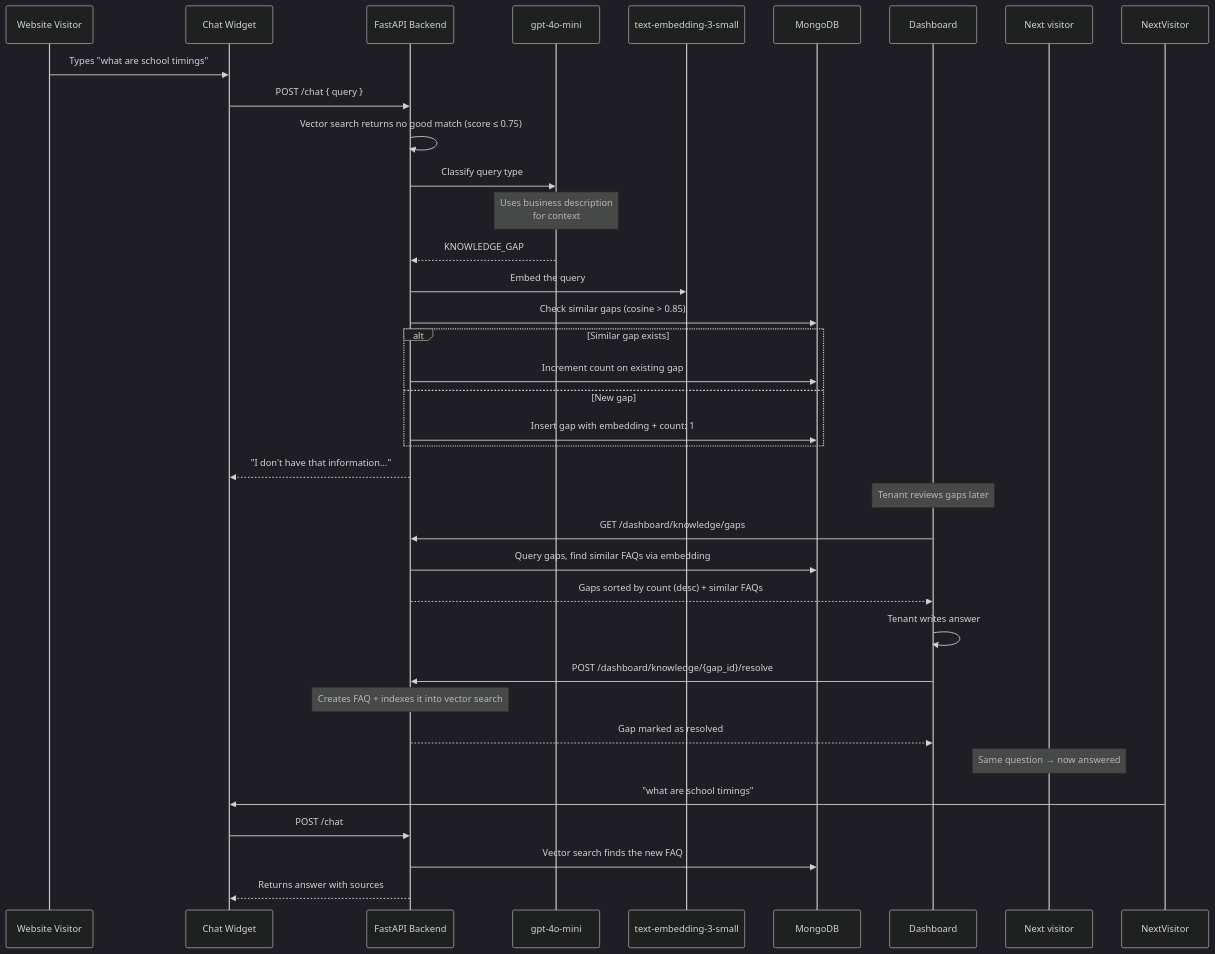
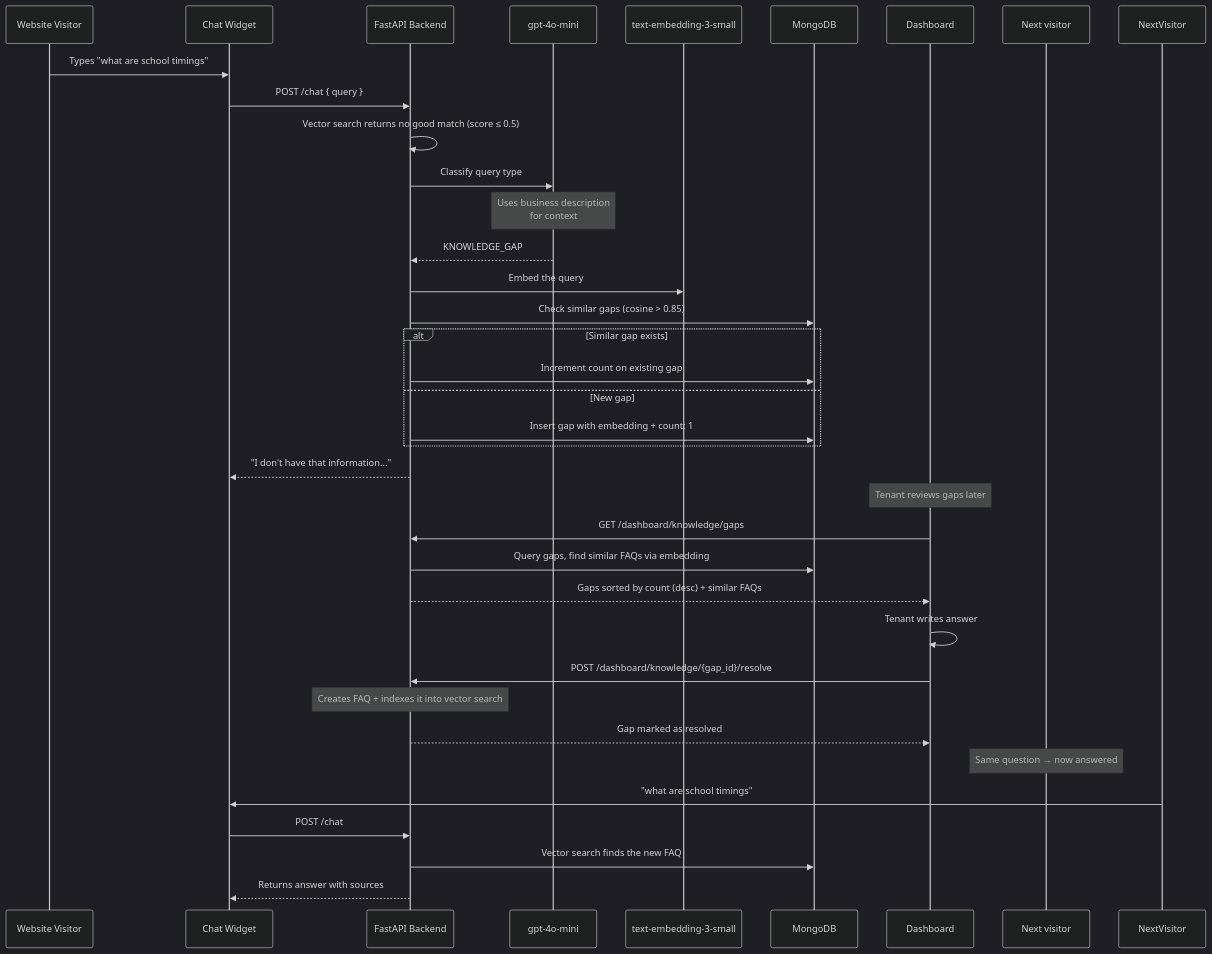
Before and after one commit to pawanm992002/AI_CHATBOT: the sixth of 6 diagrams in README.md, drawn with Mermaid (dark theme). The commit also changed other lines of this file and 2 other files, not shown here.

````diff
--- a/README.md
+++ b/README.md
@@ -519,44 +554,44 @@
 ```mermaid
 sequenceDiagram
     participant Visitor as Website Visitor
     participant Widget as Chat Widget
     participant API as FastAPI Backend
     participant Classifier as gpt-4o-mini
     participant Embedder as text-embedding-3-small
     participant DB as MongoDB
 
     Visitor->>Widget: Types "what are school timings"
     Widget->>API: POST /chat { query }
     
-    API->>API: Vector search returns no good match (score ≤ 0.75)
+    API->>API: Vector search returns no good match (score ≤ 0.5)
     
     API->>Classifier: Classify query type
     Note over Classifier: Uses business description<br/>for context
     Classifier-->>API: KNOWLEDGE_GAP
     
     API->>Embedder: Embed the query
     API->>DB: Check similar gaps (cosine > 0.85)
     alt Similar gap exists
         API->>DB: Increment count on existing gap
     else New gap
         API->>DB: Insert gap with embedding + count: 1
     end
     
     API-->>Widget: "I don't have that information..."
 
     Note over Dashboard: Tenant reviews gaps later
     Dashboard->>API: GET /dashboard/knowledge/gaps
     API->>DB: Query gaps, find similar FAQs via embedding
     API-->>Dashboard: Gaps sorted by count (desc) + similar FAQs
     
     Dashboard->>Dashboard: Tenant writes answer
     Dashboard->>API: POST /dashboard/knowledge/{gap_id}/resolve
     Note over API: Creates FAQ + indexes it into vector search
     API-->>Dashboard: Gap marked as resolved
 
     Note over Next visitor: Same question → now answered
     NextVisitor->>Widget: "what are school timings"
     Widget->>API: POST /chat
     API->>DB: Vector search finds the new FAQ
     API-->>Widget: Returns answer with sources
 ```
````
